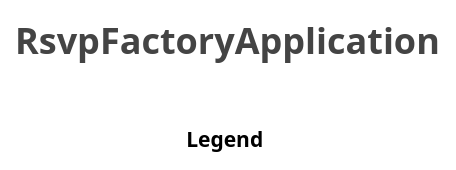
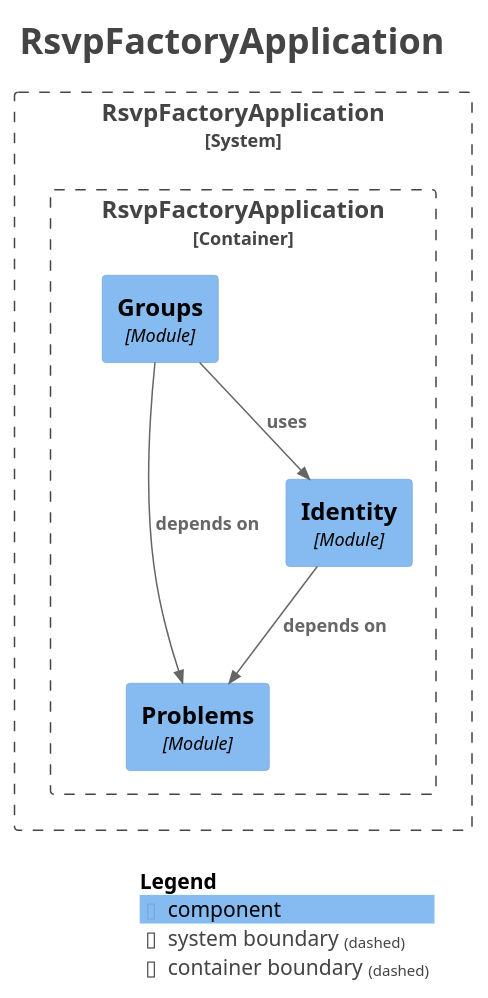
Before and after one commit to kylehoehns/rsvp-factory: the diagram in docs/modules/components.puml, drawn with PlantUML. The commit also changed 36 other files, not shown here.

```diff
--- a/docs/modules/components.puml
+++ b/docs/modules/components.puml
@@ -1,19 +1,33 @@
 @startuml
 title <size:24>RsvpFactoryApplication</size>
 
 set separator none
 top to bottom direction
 
 <style>
   root {
     BackgroundColor: #ffffff
     FontColor: #444444
   }
 </style>
 
 !include <C4/C4>
 !include <C4/C4_Context>
+!include <C4/C4_Component>
+
+System_Boundary("RsvpFactoryApplication_boundary", "RsvpFactoryApplication", $tags="") {
+  Container_Boundary("RsvpFactoryApplication.RsvpFactoryApplication_boundary", "RsvpFactoryApplication", $tags="") {
+    Component(RsvpFactoryApplication.RsvpFactoryApplication.Problems, "Problems", $techn="Module", $descr="", $tags="", $link="")
+    Component(RsvpFactoryApplication.RsvpFactoryApplication.Identity, "Identity", $techn="Module", $descr="", $tags="", $link="")
+    Component(RsvpFactoryApplication.RsvpFactoryApplication.Groups, "Groups", $techn="Module", $descr="", $tags="", $link="")
+  }
+
+}
+
+Rel(RsvpFactoryApplication.RsvpFactoryApplication.Identity, RsvpFactoryApplication.RsvpFactoryApplication.Problems, "depends on", $techn="", $tags="", $link="")
+Rel(RsvpFactoryApplication.RsvpFactoryApplication.Groups, RsvpFactoryApplication.RsvpFactoryApplication.Problems, "depends on", $techn="", $tags="", $link="")
+Rel(RsvpFactoryApplication.RsvpFactoryApplication.Groups, RsvpFactoryApplication.RsvpFactoryApplication.Identity, "uses", $techn="", $tags="", $link="")
 
 SHOW_LEGEND(true)
 hide stereotypes
 @enduml
```
